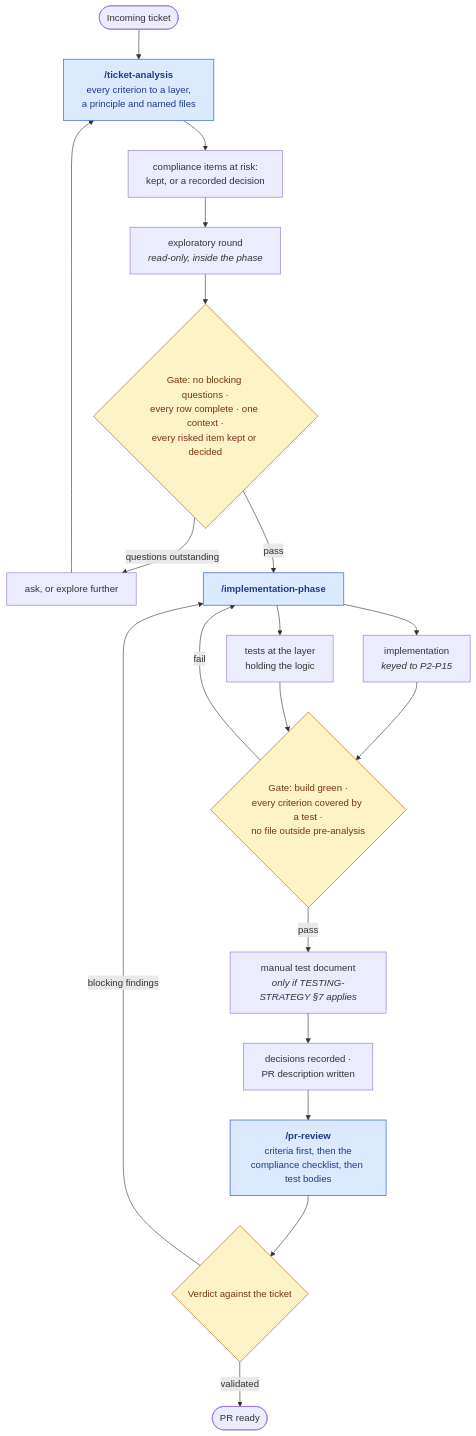
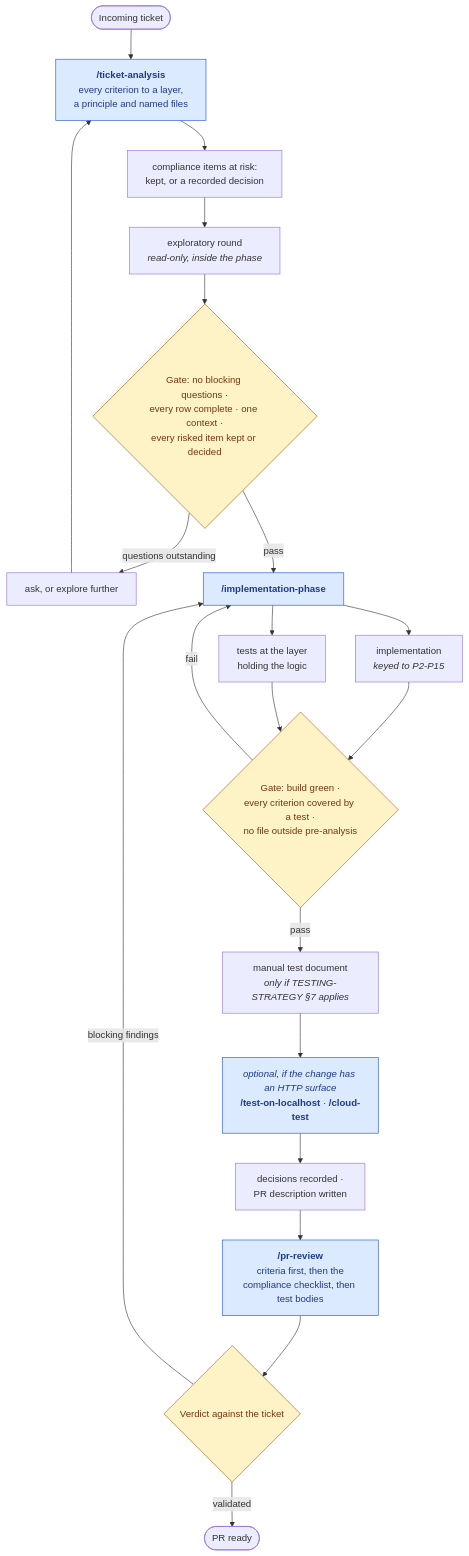
One commit to konradcinkusz/architecture-standards changed the diagram in docs/delivery/WORKFLOW.md. Above: the diagram before and after it, drawn with Mermaid. The commit also changed other lines of this file and 13 other files, not shown here.

````diff
--- a/docs/delivery/WORKFLOW.md
+++ b/docs/delivery/WORKFLOW.md
@@ -36,30 +36,31 @@
 ```mermaid
 flowchart TD
     A([Incoming ticket]) --> B["<b>/ticket-analysis</b><br/>every criterion to a layer,<br/>a principle and named files"]
     B --> B2["compliance items at risk:<br/>kept, or a recorded decision"]
     B2 --> C["exploratory round<br/><i>read-only, inside the phase</i>"]
     C --> D{"Gate: no blocking questions ·<br/>every row complete · one context ·<br/>every risked item kept or decided"}
 
     D -- "questions outstanding" --> E["ask, or explore further"]
     E --> B
 
     D -- pass --> F["<b>/implementation-phase</b>"]
     F --> G1["implementation<br/><i>keyed to P2-P15</i>"]
     F --> G2["tests at the layer<br/>holding the logic"]
     G1 --> H{"Gate: build green ·<br/>every criterion covered by a test ·<br/>no file outside pre-analysis"}
     G2 --> H
 
     H -- fail --> F
     H -- pass --> I["manual test document<br/><i>only if TESTING-STRATEGY §7 applies</i>"]
-    I --> J["decisions recorded ·<br/>PR description written"]
+    I --> V["<i>optional, if the change has an HTTP surface</i><br/><b>/test-on-localhost</b> · <b>/cloud-test</b>"]
+    V --> J["decisions recorded ·<br/>PR description written"]
     J --> K["<b>/pr-review</b><br/>criteria first, then the<br/>compliance checklist, then test bodies"]
     K --> L{"Verdict against the ticket"}
 
     L -- "blocking findings" --> F
     L -- validated --> M([PR ready])
 
     classDef skill fill:#dbeafe,stroke:#1d4ed8,color:#1e3a8a
     classDef gate fill:#fef3c7,stroke:#b45309,color:#78350f
-    class B,F,K skill
+    class B,F,K,V skill
     class D,H,L gate
 ```
````
